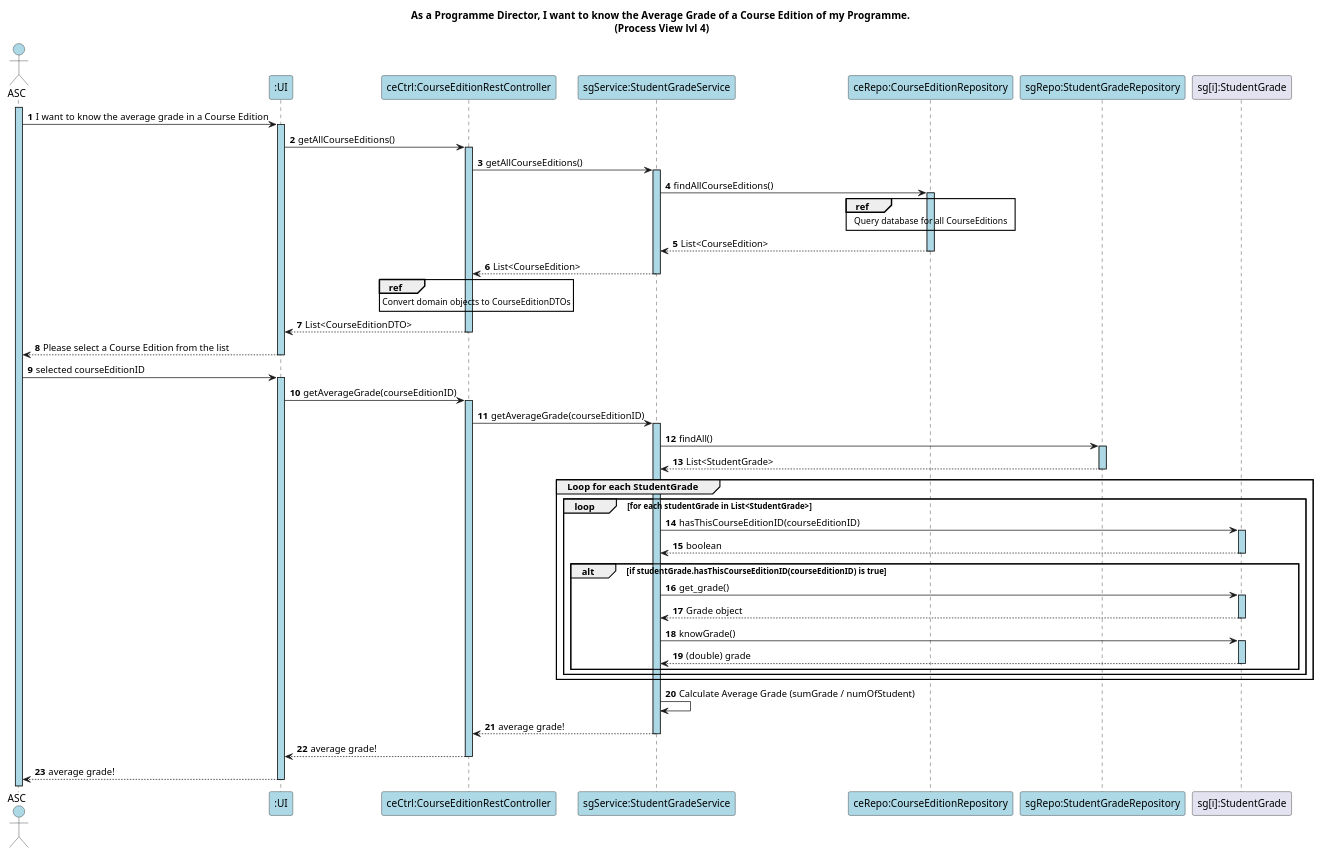
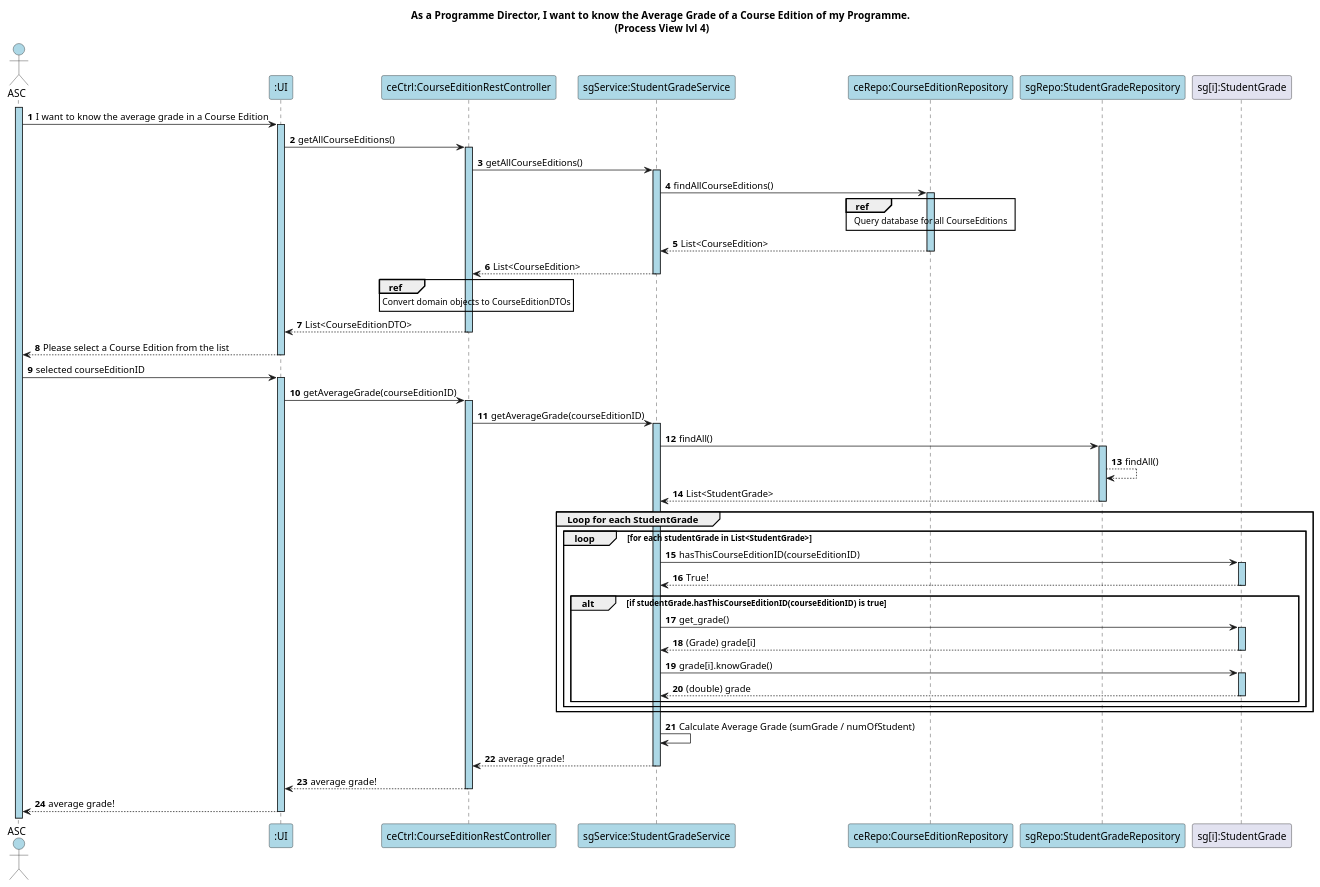
The diagram in docs/US25/REST_API/ProcessView/Level4/Level4.puml (GasparISEP/DevOps-PAI), drawn with PlantUML before and after one commit.

Commit message:
Small fix on US 25 Course Edition's average grade Sequence Diagram. Refs #579

```diff
--- a/docs/US25/REST_API/ProcessView/Level4/Level4.puml
+++ b/docs/US25/REST_API/ProcessView/Level4/Level4.puml
@@ -1,63 +1,64 @@
 @startuml
 
 autonumber
 
 title As a Programme Director, I want to know the Average Grade of a Course Edition of my Programme. \n(Process View lvl 4)
 
 actor ASC as Admin #lightblue
 
 participant ":UI" as UI #lightblue
 participant "ceCtrl:CourseEditionRestController" as C #lightblue
 participant "sgService:StudentGradeService" as S #lightblue
 participant "ceRepo:CourseEditionRepository" as RCE #lightblue
 participant "sgRepo:StudentGradeRepository" as SGR #lightblue
 participant "sg[i]:StudentGrade" as SG
 
 activate Admin #lightblue
 Admin -> UI ++ #lightblue: I want to know the average grade in a Course Edition
 
 UI -> C ++ #lightblue: getAllCourseEditions()
 C -> S ++ #lightblue: getAllCourseEditions()
 S -> RCE ++ #lightblue: findAllCourseEditions()
 
 ref over RCE
     Query database for all CourseEditions
 end ref
 
 RCE --> S --: List<CourseEdition>
 S --> C --: List<CourseEdition>
 
 ref over C
     Convert domain objects to CourseEditionDTOs
 end ref
 
 C --> UI --: List<CourseEditionDTO>
 UI --> Admin --: Please select a Course Edition from the list
 
 Admin -> UI ++ #lightblue: selected courseEditionID
 
 UI -> C ++ #lightblue: getAverageGrade(courseEditionID)
 C -> S ++ #lightblue: getAverageGrade(courseEditionID)
 
 S -> SGR ++ #lightblue: findAll()
+SGR --> SGR : findAll()
 SGR --> S --: List<StudentGrade>
 
 group Loop for each StudentGrade
     loop for each studentGrade in List<StudentGrade>
         S -> SG ++ #lightblue: hasThisCourseEditionID(courseEditionID)
-        SG --> S --: boolean
+        SG --> S --: True!
         alt if studentGrade.hasThisCourseEditionID(courseEditionID) is true
             S -> SG ++ #lightblue: get_grade()
-            SG --> S --: Grade object
-            S -> SG ++ #lightblue: knowGrade()
+            SG --> S --: (Grade) grade[i]
+            S -> SG ++ #lightblue: grade[i].knowGrade()
             SG --> S --: (double) grade
         end
     end
 end
 
 S -> S : Calculate Average Grade (sumGrade / numOfStudent)
 S --> C --: average grade!
 C --> UI --: average grade!
 UI --> Admin --: average grade!
 
 @enduml
```
